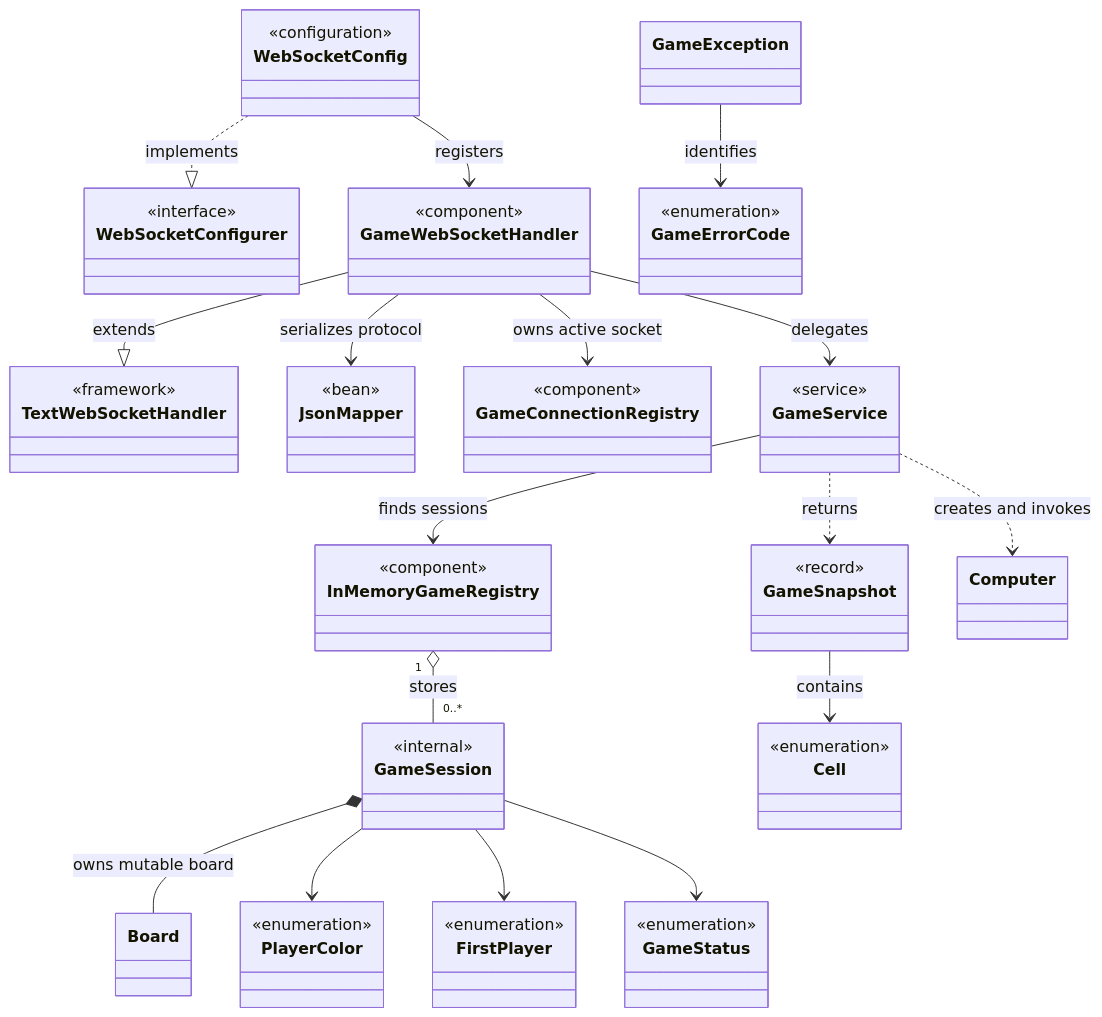
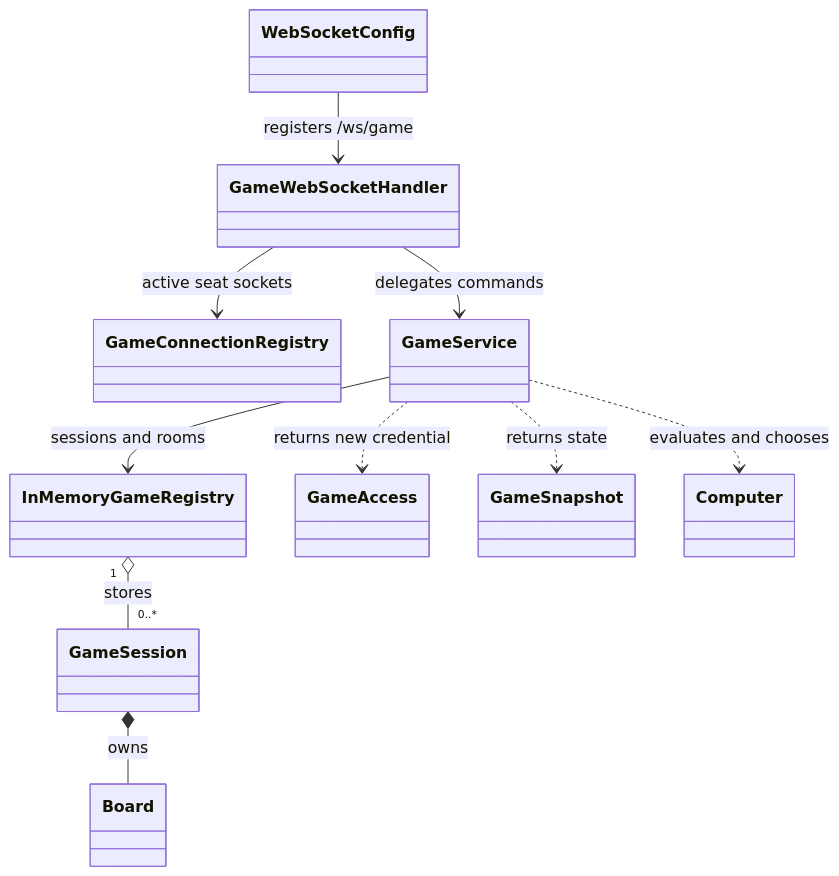
One commit to blam135/Connect-4-Game changed the second of 2 diagrams in docs/backend-design.md. Above: the diagram before and after it, drawn with Mermaid. The commit also changed other lines of this file and 36 other files, not shown here.

````diff
--- a/docs/backend-design.md
+++ b/docs/backend-design.md
@@ -40,68 +47,23 @@
 ```mermaid
 classDiagram
-    class WebSocketConfigurer {
-        <<interface>>
-    }
-    class TextWebSocketHandler {
-        <<framework>>
-    }
-    class JsonMapper {
-        <<bean>>
-    }
-    class WebSocketConfig {
-        <<configuration>>
-    }
-    class GameWebSocketHandler {
-        <<component>>
-    }
-    class GameConnectionRegistry {
-        <<component>>
-    }
-    class GameService {
-        <<service>>
-    }
-    class InMemoryGameRegistry {
-        <<component>>
-    }
-    class GameSession {
-        <<internal>>
-    }
-    class GameSnapshot {
-        <<record>>
-    }
-    class GameException
-    class GameErrorCode {
-        <<enumeration>>
-    }
-    class PlayerColor {
-        <<enumeration>>
-    }
-    class FirstPlayer {
-        <<enumeration>>
-    }
-    class GameStatus {
-        <<enumeration>>
-    }
-    class Cell {
-        <<enumeration>>
-    }
+    class WebSocketConfig
+    class GameWebSocketHandler
+    class GameConnectionRegistry
+    class GameService
+    class InMemoryGameRegistry
+    class GameSession
+    class GameAccess
+    class GameSnapshot
     class Board
     class Computer
 
-    WebSocketConfig ..|> WebSocketConfigurer : implements
-    GameWebSocketHandler --|> TextWebSocketHandler : extends
-    WebSocketConfig --> GameWebSocketHandler : registers
-    GameWebSocketHandler --> GameService : delegates
-    GameWebSocketHandler --> GameConnectionRegistry : owns active socket
-    GameWebSocketHandler --> JsonMapper : serializes protocol
-    GameService --> InMemoryGameRegistry : finds sessions
+    WebSocketConfig --> GameWebSocketHandler : registers /ws/game
+    GameWebSocketHandler --> GameConnectionRegistry : active seat sockets
+    GameWebSocketHandler --> GameService : delegates commands
+    GameService --> InMemoryGameRegistry : sessions and rooms
     InMemoryGameRegistry "1" o-- "0..*" GameSession : stores
-    GameSession *-- Board : owns mutable board
-    GameSession --> PlayerColor
-    GameSession --> FirstPlayer
-    GameSession --> GameStatus
-    GameService ..> Computer : creates and invokes
-    GameService ..> GameSnapshot : returns
-    GameSnapshot --> Cell : contains
-    GameException --> GameErrorCode : identifies
+    GameSession *-- Board : owns
+    GameService ..> Computer : evaluates and chooses
+    GameService ..> GameAccess : returns new credential
+    GameService ..> GameSnapshot : returns state
 ```
````
